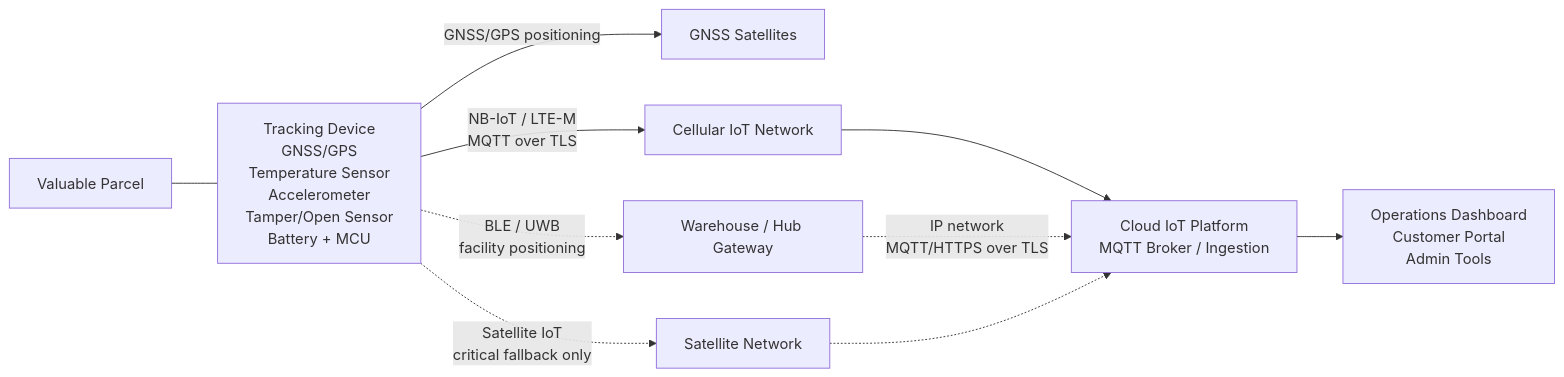
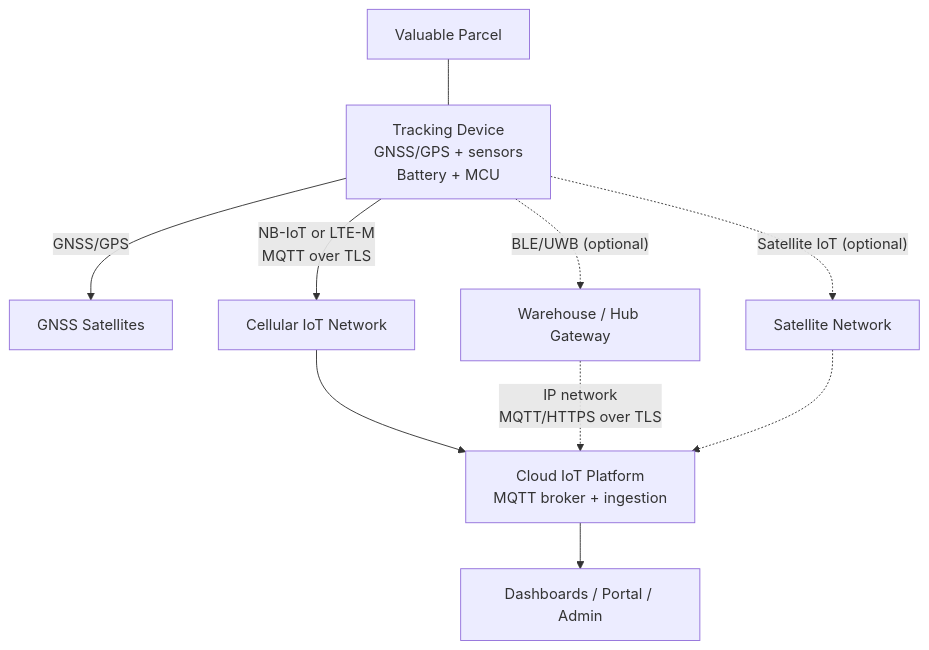
The second of 3 diagrams in DESIGN.md (jingjingyang0803/iot-occupancy-monitor), drawn with Mermaid before and after one commit. The commit also changed other lines of this file, not shown here.

````diff
--- a/DESIGN.md
+++ b/DESIGN.md
@@ -344,17 +339,26 @@
 ```mermaid
-flowchart LR
-    P[Valuable Parcel] --- D[Tracking Device<br>GNSS/GPS<br>Temperature Sensor<br>Accelerometer<br>Tamper/Open Sensor<br>Battery + MCU]
+flowchart TB
+    P[Valuable Parcel]
+    D[Tracking Device<br/>GNSS/GPS + sensors<br/>Battery + MCU]
 
-    D -->|GNSS/GPS positioning| S[GNSS Satellites]
+    P --- D
 
-    D -->|NB-IoT / LTE-M<br>MQTT over TLS| C[Cellular IoT Network]
-    C --> I[Cloud IoT Platform<br>MQTT Broker / Ingestion]
+    S[GNSS Satellites]
+    C[Cellular IoT Network]
+    I[Cloud IoT Platform<br/>MQTT broker + ingestion]
+    U[Dashboards / Portal / Admin]
 
-    D -.->|BLE / UWB<br>facility positioning| G[Warehouse / Hub Gateway]
-    G -.->|IP network<br>MQTT/HTTPS over TLS| I
+    D -->|GNSS/GPS| S
+    D -->|NB-IoT or LTE-M<br/>MQTT over TLS| C
+    C --> I
+    I --> U
 
-    D -.->|Satellite IoT<br>critical fallback only| SAT[Satellite Network]
+    G[Warehouse / Hub Gateway]
+    SAT[Satellite Network]
+
+    D -.->|"BLE/UWB (optional)"| G
+    G -.->|IP network<br/>MQTT/HTTPS over TLS| I
+
+    D -.->|"Satellite IoT (optional)"| SAT
     SAT -.-> I
-
-    I --> U[Operations Dashboard<br>Customer Portal<br>Admin Tools]
 ```
````
